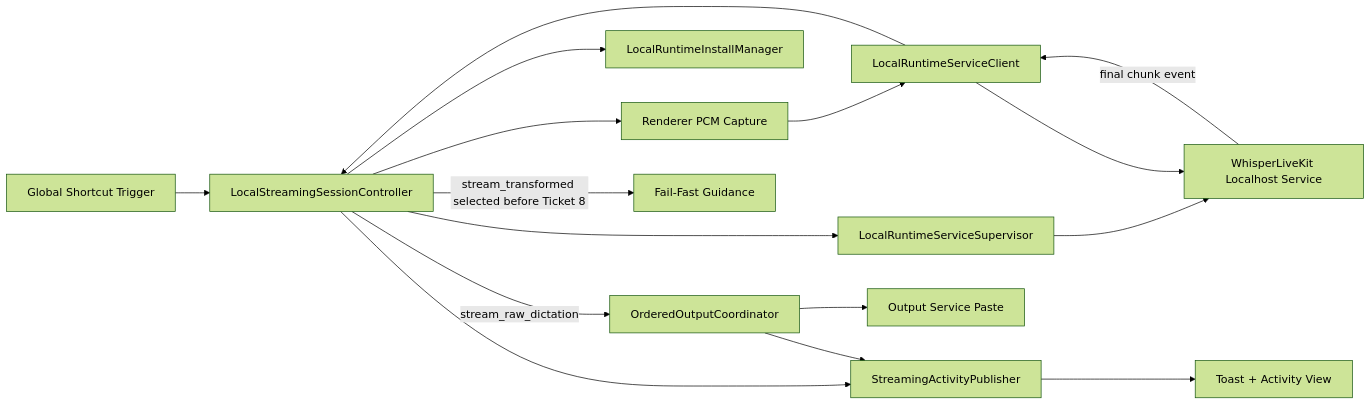
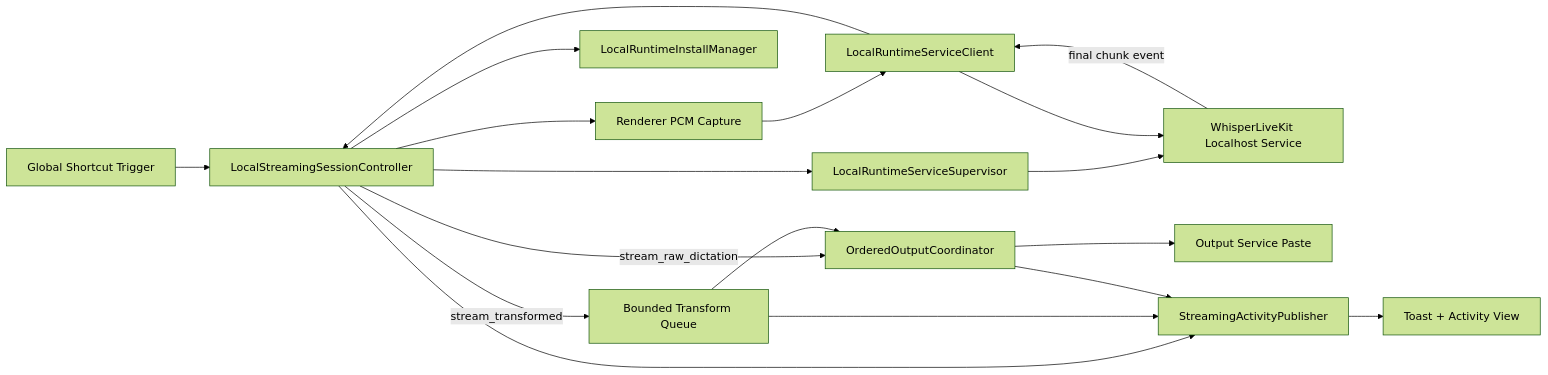
One commit to massun-onibakuchi/speech-to-text-app changed the seventh of 8 diagrams in specs/spec.md. Above: the diagram before and after it, drawn with Mermaid (forest theme). The commit also changed other lines of this file and 17 other files, not shown here.

````diff
--- a/specs/spec.md
+++ b/specs/spec.md
@@ -1009,18 +1014,20 @@
 ```mermaid
 flowchart LR
   U[Global Shortcut Trigger] --> S[LocalStreamingSessionController]
   S --> CAP[Renderer PCM Capture]
   CAP --> C[LocalRuntimeServiceClient]
   S --> IM[LocalRuntimeInstallManager]
   S --> SUP[LocalRuntimeServiceSupervisor]
   SUP --> H[WhisperLiveKit Localhost Service]
   C --> H
   H -->|final chunk event| C
   C --> S
   S -->|stream_raw_dictation| ORD[OrderedOutputCoordinator]
-  S -->|stream_transformed selected before Ticket 8| G[Fail-Fast Guidance]
+  S -->|stream_transformed| TX[Bounded Transform Queue]
+  TX --> ORD
   ORD --> OUT[Output Service Paste]
   S --> PUB[StreamingActivityPublisher]
+  TX --> PUB
   ORD --> PUB
   PUB --> UI[Toast + Activity View]
 ```
````
